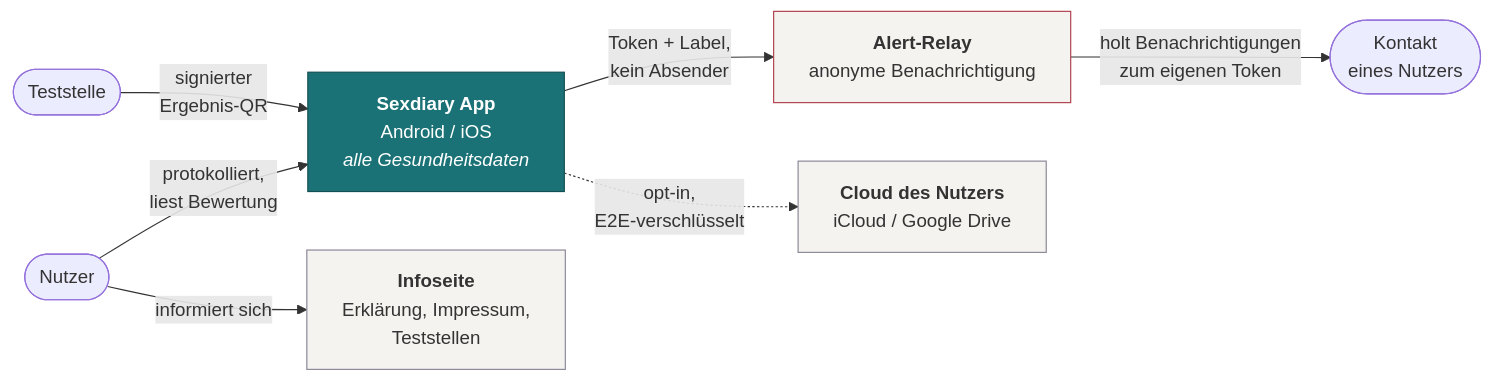
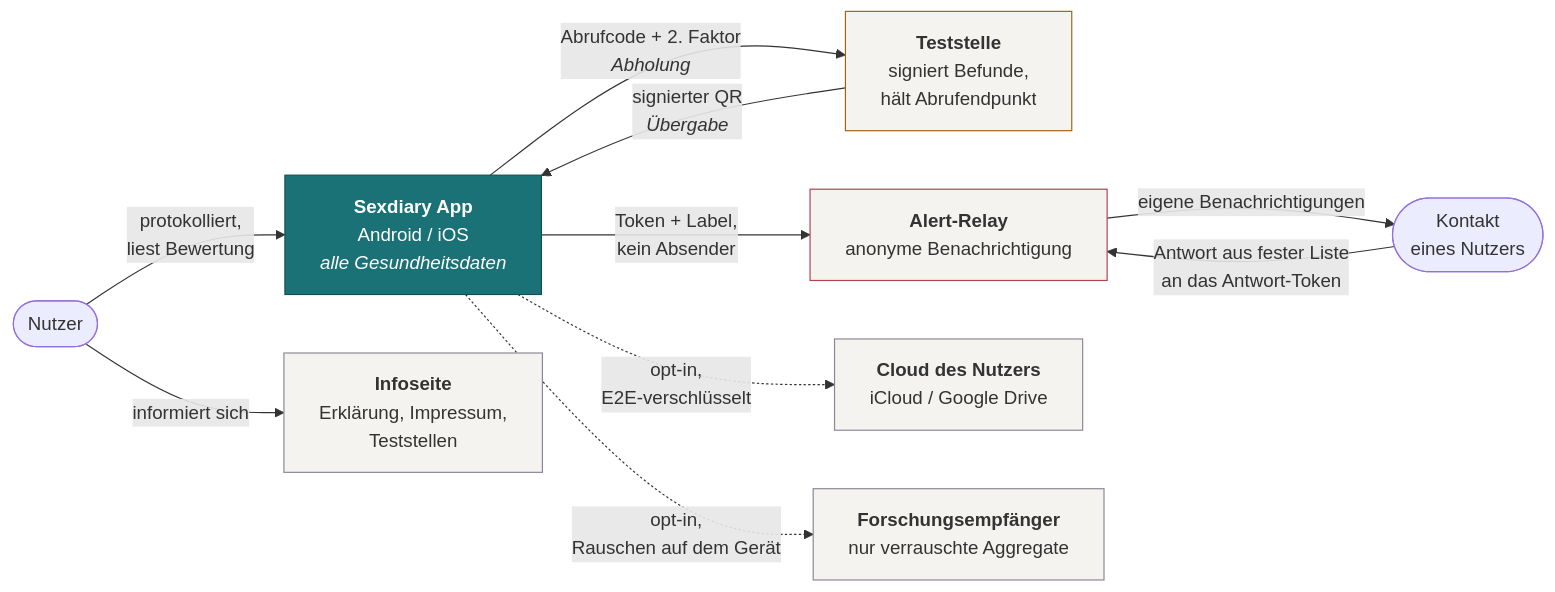
Before and after one commit to bagruber/sexdiary: the first of 7 diagrams in architecture/arc42.md, drawn with Mermaid. The commit also changed other lines of this file and 20 other files, not shown here.

````diff
--- a/architecture/arc42.md
+++ b/architecture/arc42.md
@@ -81,23 +81,30 @@
 ```mermaid
 graph LR
     U(["Nutzer"])
     K(["Kontakt<br/>eines Nutzers"])
-    T(["Teststelle"])
+    T["<b>Teststelle</b><br/>signiert Befunde,<br/>hält Abrufendpunkt"]
 
     APP["<b>Sexdiary App</b><br/>Android / iOS<br/><i>alle Gesundheitsdaten</i>"]
     REL["<b>Alert-Relay</b><br/>anonyme Benachrichtigung"]
     WEB["<b>Infoseite</b><br/>Erklärung, Impressum,<br/>Teststellen"]
     CLOUD["<b>Cloud des Nutzers</b><br/>iCloud / Google Drive"]
 
+    FOR["<b>Forschungsempfänger</b><br/>nur verrauschte Aggregate"]
+
     U -->|"protokolliert,<br/>liest Bewertung"| APP
-    T -->|"signierter<br/>Ergebnis-QR"| APP
+    T -->|"signierter QR<br/><i>Übergabe</i>"| APP
+    APP -->|"Abrufcode + 2. Faktor<br/><i>Abholung</i>"| T
     APP -->|"Token + Label,<br/>kein Absender"| REL
-    REL -->|"holt Benachrichtigungen<br/>zum eigenen Token"| K
+    REL -->|"eigene Benachrichtigungen"| K
+    K -->|"Antwort aus fester Liste<br/>an das Antwort-Token"| REL
     APP -.->|"opt-in,<br/>E2E-verschlüsselt"| CLOUD
+    APP -.->|"opt-in,<br/>Rauschen auf dem Gerät"| FOR
     U -->|"informiert sich"| WEB
 
     style APP fill:#1B7276,color:#fff,stroke:#134f52
     style REL fill:#F5F3EF,stroke:#B0414D
+    style T fill:#F5F3EF,stroke:#9C6218
     style WEB fill:#F5F3EF,stroke:#8a8696
     style CLOUD fill:#F5F3EF,stroke:#8a8696
+    style FOR fill:#F5F3EF,stroke:#8a8696
 ```
````
